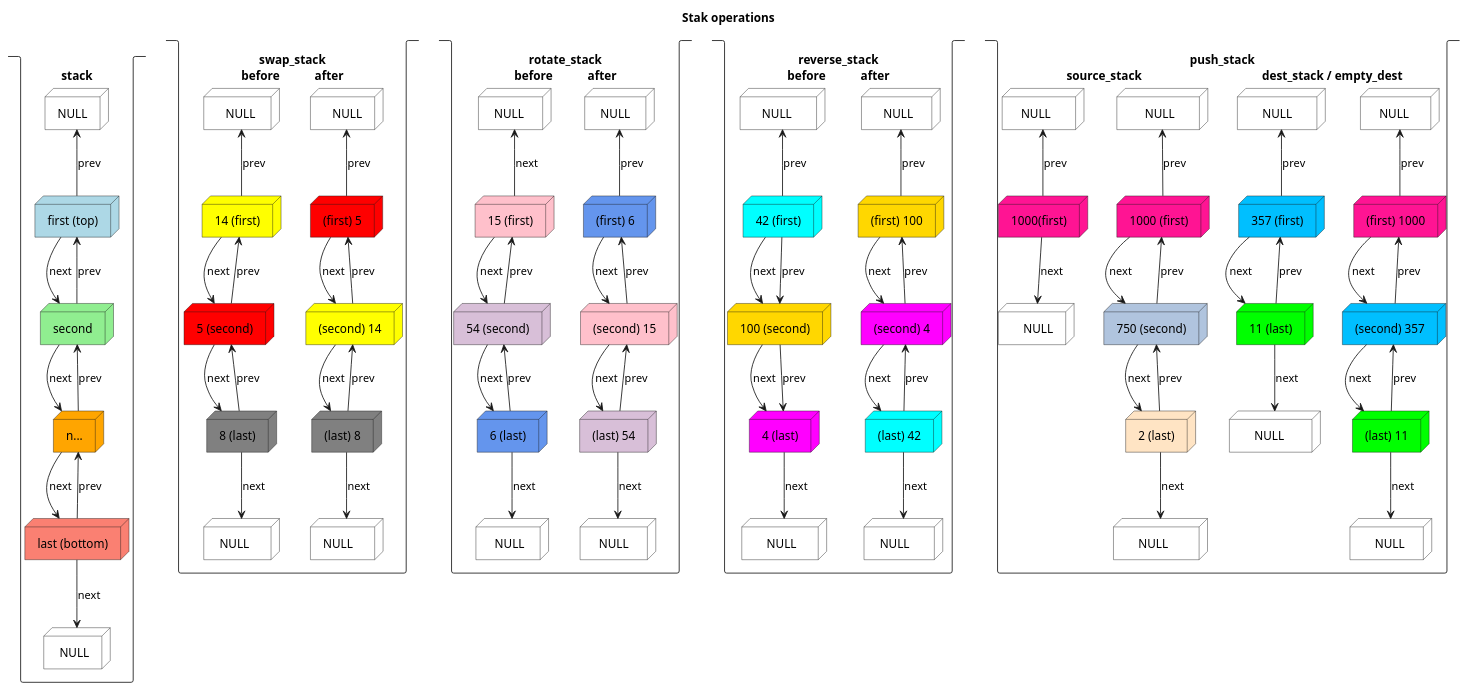
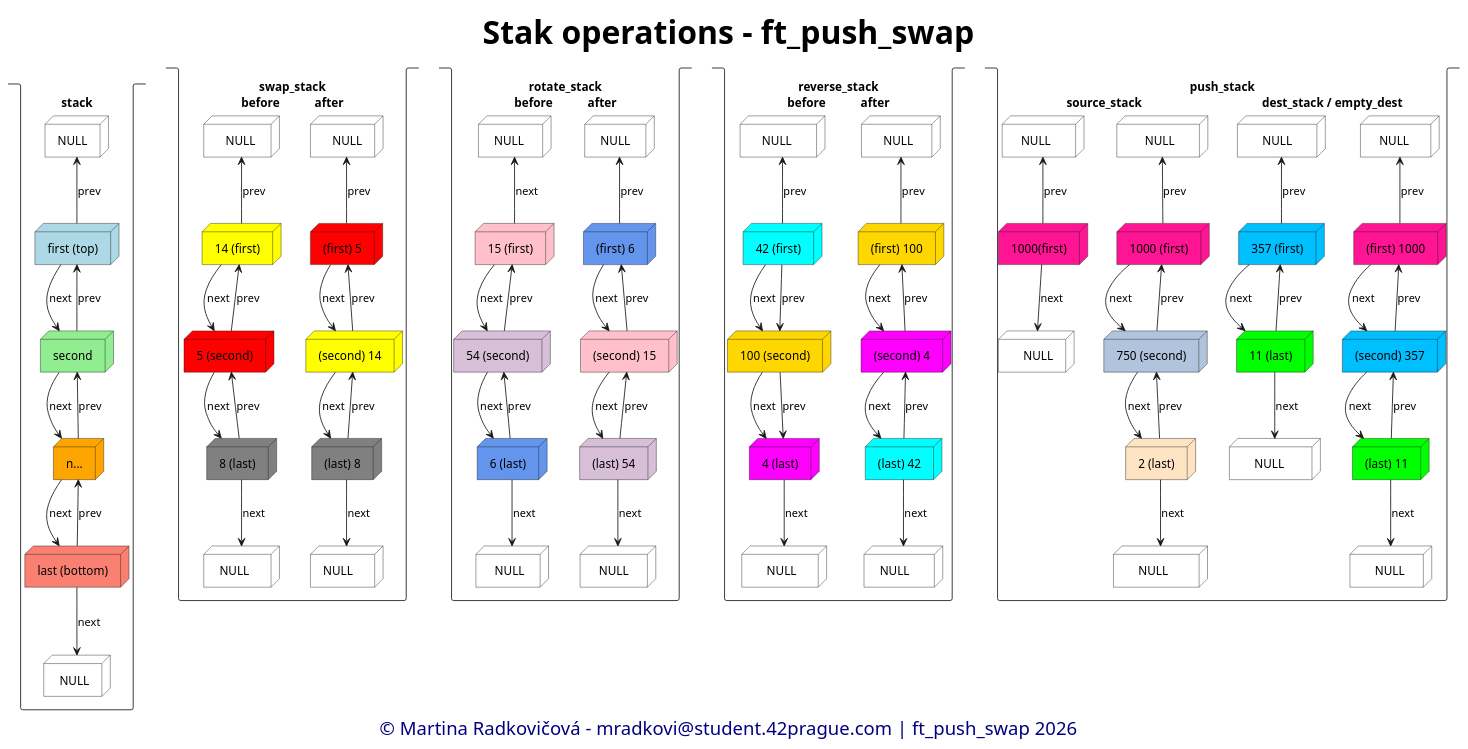
One commit to martinaradkovicova-lgtm/ft_push_swap changed the diagram in stack_diagram.puml. Above: the diagram before and after it, drawn with PlantUML.

```diff
--- a/stack_diagram.puml
+++ b/stack_diagram.puml
@@ -1,141 +1,153 @@
 @startuml
 
-title Stak operations
+caption © Martina Radkovičová - mradkovi@student.42prague.com | ft_push_swap 2026
+
+skinparam {
+caption {
+    FontSize = 22;
+    FontColor Navy
+}
+title {
+    FontSize = 38;
+}
+}
+
+title Stak operations - ft_push_swap
 
 stack stack {
 node NULL #white
 node "first (top)" #LightBlue
 node second #LightGreen
 node n... #Orange
 node "last (bottom)" #salmon
 node " NULL" #white
 NULL <-- "first (top)" : prev
 "first (top)" --> second : next
 "first (top)" <-- second : prev
 second --> n... : next
 second <-- n... : prev
 n... --> "last (bottom)" : next
 n... <-- "last (bottom)" : prev
 "last (bottom)" --> " NULL" : next
 }
 
 stack "swap_stack\nbefore\t\tafter" {
 node "   NULL" #white
 node "(first) 5" #red
 node "(second) 14" #yellow
 node "(last) 8" #grey
 node "NULL   " #white
 "   NULL" <-- "(first) 5" : prev
 "(first) 5" --> "(second) 14" : next
 "(first) 5" <-- "(second) 14" : prev
 "(second) 14" --> "(last) 8" : next
 "(second) 14" <-- "(last) 8" : prev
 "(last) 8" --> "NULL   " : next
 
 node "   NULL " #white
 node "14 (first)" #yellow
 node "5 (second)" #red
 node "8 (last)" #grey
 node " NULL   " #white
 "   NULL " <-- "14 (first)" : prev
 "14 (first)" --> "5 (second)": next
 "5 (second)" --> "14 (first)" : prev 
 "5 (second)" --> "8 (last)" : next
 "5 (second)" <-- "8 (last)" : prev
 "8 (last)" --> " NULL   " : next
 }
 
 stack "rotate_stack\nbefore\t\tafter" {
 node "(first) 6" #CornFlowerBlue
 node "(second) 15" #pink
 node "(last) 54" #Thistle
 node "  NULL  " #white
 node " NULL " #white
 " NULL " <-- "(first) 6" : prev
 "(first) 6" --> "(second) 15" : next
 "(first) 6" <-- "(second) 15" : prev
 "(second) 15" --> "(last) 54" : next
 "(second) 15" <-- "(last) 54" : prev
 "(last) 54" --> "  NULL  " : next
 node "15 (first)" #pink
 node "54 (second)" #Thistle
 node "6 (last)" #CornFlowerBlue
 node " NULL  " #white
 node "  NULL " #white
 " NULL  " <-- "15 (first)" : next
 "15 (first)" --> "54 (second)" : next
 "54 (second)" --> "15 (first)" : prev
 "54 (second)" --> "6 (last)" : next
 "6 (last)" -->"  NULL " : next
 "54 (second)" <-- "6 (last)" : prev
 }
 
 stack "reverse_stack\nbefore\t\tafter" {
 node "(first) 100" #gold
 node "(second) 4" #magenta
 node "(last) 42" #Cyan
 node "   NULL  " #white
 node " NULL    " #white
 "   NULL  " <-- "(first) 100" : prev
 "(first) 100" --> "(second) 4" : next
 "(first) 100" <-- "(second) 4" : prev
 "(second) 4" --> "(last) 42" : next
 "(second) 4" <-- "(last) 42" : prev
 "(last) 42" --> " NULL    " : next
 node "   NULL    " #white
 node "4 (last)" #magenta
 node "100 (second)" #gold
 node "42 (first)" #cyan
 node "    NULL   " #white
 
 "   NULL    " <-- "42 (first)" : prev
 "42 (first)" --> "100 (second)" : next
 "42 (first)" --> "100 (second)" : prev
 "100 (second)" --> "4 (last)" : next
 "4 (last)" <-- "100 (second)" : prev
 "4 (last)" -->"    NULL   " : next
 
 }
 
 stack "push_stack\n\tsource_stack\t\t\t\t\tdest_stack / empty_dest" {
 node "  NULL   " #white
 node "(first) 1000" #DeepPink
 node "(second) 357" #DeepSkyBlue
 node "(last) 11" #Lime
 node "    NULL  " #white
 
 "  NULL   " <-- "(first) 1000" :prev
 "(first) 1000" --> "(second) 357":next
 "(first) 1000" <-- "(second) 357":prev
 "(second) 357" --> "(last) 11" :next
 "(second) 357" <-- "(last) 11" :prev
 "(last) 11" --> "    NULL  " :next
 
 node "    NULL    " #white
 node "357 (first)" #DeepSkyBlue
 node "11 (last)" #Lime
 node "    NULL     " #white
 "    NULL    " <-- "357 (first)" :prev
 "357 (first)" --> "11 (last)" : next
 "11 (last)" --> "357 (first)" : prev
 "11 (last)" --> "    NULL     " : next
 
 node "     NULL    " #white
 node "1000 (first)" #DeepPink
 node "750 (second)" #LightSteelBlue
 node "2 (last)" #Bisque
 node "    NULL      " #white
 "     NULL    " <-- "1000 (first)" :prev
 "1000 (first)" --> "750 (second)" : next
 "750 (second)" --> "1000 (first)" : prev
 "750 (second)" --> "2 (last)" : next
 "2 (last)" --> "750 (second)" : prev
 "2 (last)" --> "    NULL      " : next
 
 node "  NULL    " #white
 node "1000(first)" #DeepPink
 node "    NULL" #white
 "  NULL    " <-- "1000(first)" :prev
 "1000(first)" --> "    NULL" : next
 }
 @enduml
```
